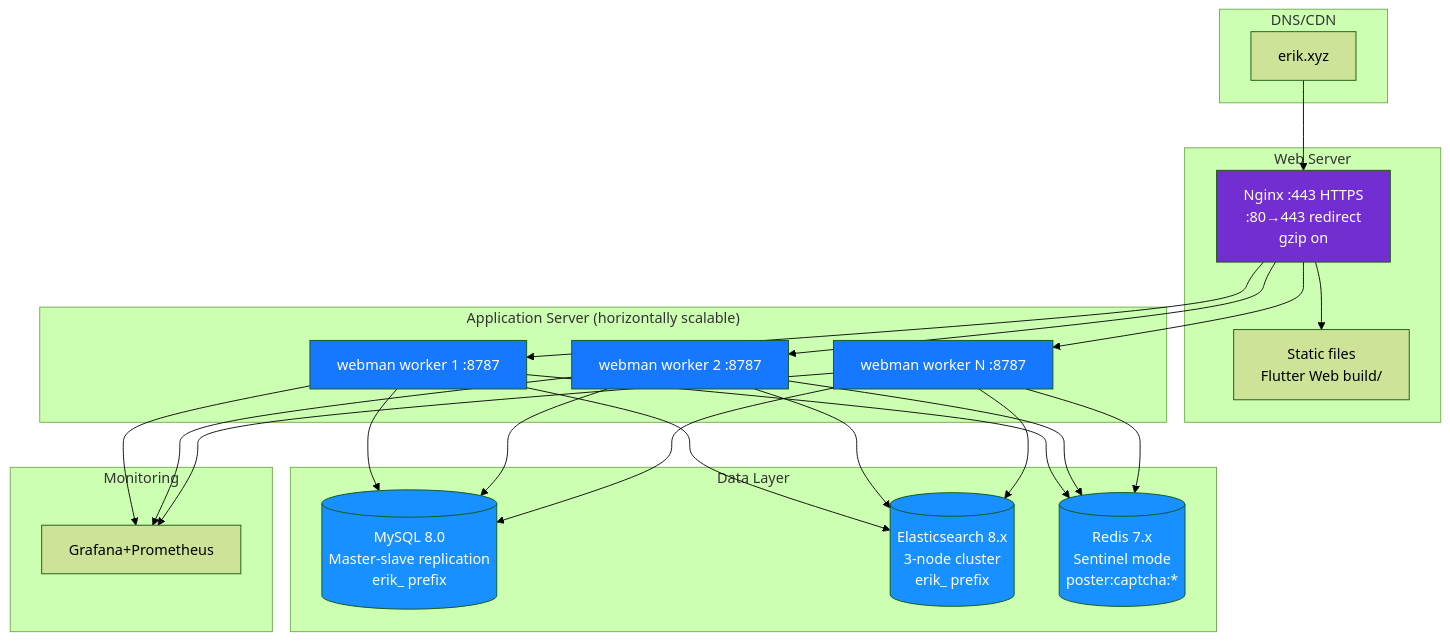
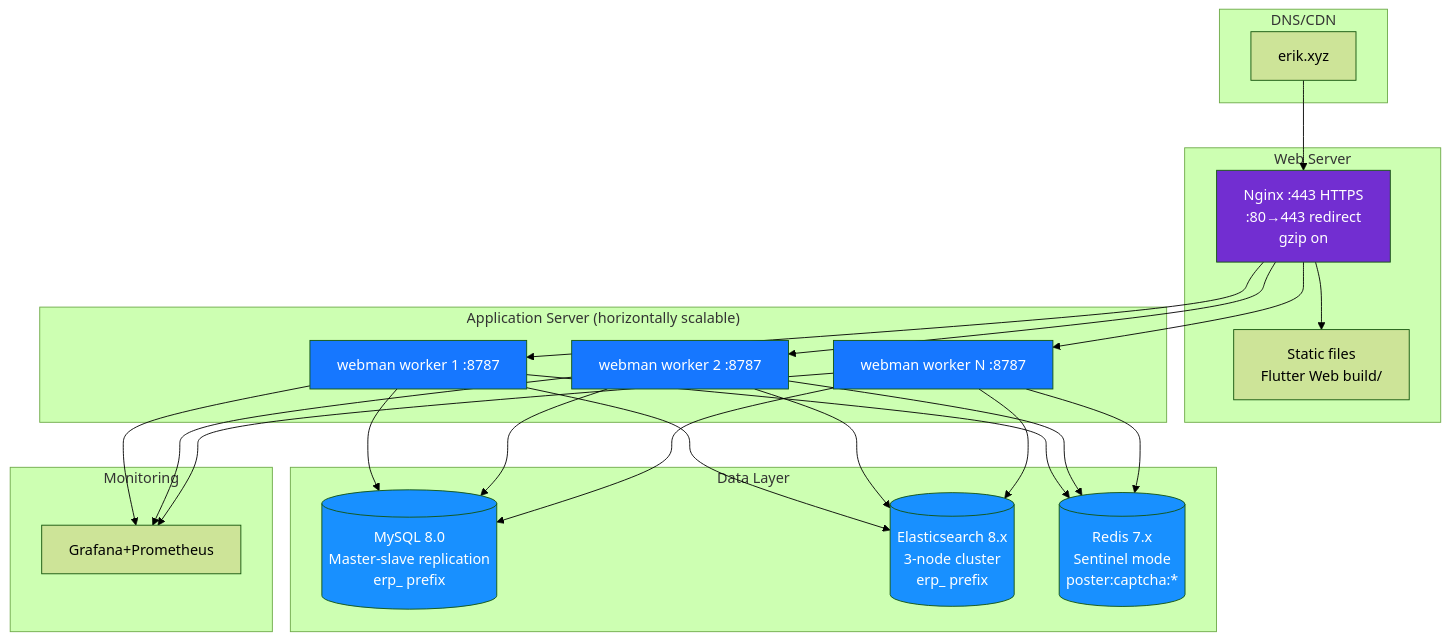
Before and after one commit to erikwang2013/erp-php: the diagram in docs/i18n/en/diagrams/12-deployment.md, drawn with Mermaid (forest theme). The commit also changed 449 other files, not shown here.

First line of the commit message:
全局命名统一：数据库 erp、表前缀 erp_、Redis 前缀 erp:（原 erik_/open_admin）

````diff
--- a/docs/i18n/en/diagrams/12-deployment.md
+++ b/docs/i18n/en/diagrams/12-deployment.md
@@ -3,45 +3,45 @@
 ```mermaid
 flowchart TB
     subgraph dns["DNS/CDN"]
         domain["erik.xyz"]
     end
 
     subgraph web["Web Server"]
         nginx["Nginx :443 HTTPS<br/>:80→443 redirect<br/>gzip on"]
         static["Static files<br/>Flutter Web build/"]
     end
 
     subgraph app["Application Server (horizontally scalable)"]
         wm1["webman worker 1 :8787"]
         wm2["webman worker 2 :8787"]
         wm3["webman worker N :8787"]
     end
 
     subgraph data["Data Layer"]
-        mysql[("MySQL 8.0<br/>Master-slave replication<br/>erik_ prefix")]
-        es[("Elasticsearch 8.x<br/>3-node cluster<br/>erik_ prefix")]
+        mysql[("MySQL 8.0<br/>Master-slave replication<br/>erp_ prefix")]
+        es[("Elasticsearch 8.x<br/>3-node cluster<br/>erp_ prefix")]
         redis[("Redis 7.x<br/>Sentinel mode<br/>poster:captcha:*")]
     end
 
     subgraph monitor["Monitoring"]
         grafana["Grafana+Prometheus"]
     end
 
     domain --> nginx
     nginx --> static
     nginx --> wm1
     nginx --> wm2
     nginx --> wm3
     wm1 & wm2 & wm3 --> mysql
     wm1 & wm2 & wm3 --> es
     wm1 & wm2 & wm3 --> redis
     wm1 & wm2 & wm3 --> grafana
 
     style nginx fill:#722ED1,color:#fff
     style wm1 fill:#1677FF,color:#fff
     style wm2 fill:#1677FF,color:#fff
     style wm3 fill:#1677FF,color:#fff
     style mysql fill:#1890FF,color:#fff
     style es fill:#1890FF,color:#fff
     style redis fill:#1890FF,color:#fff
 ```
````
